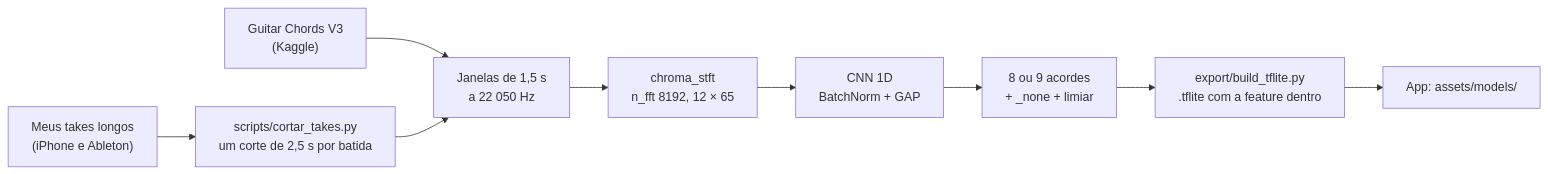
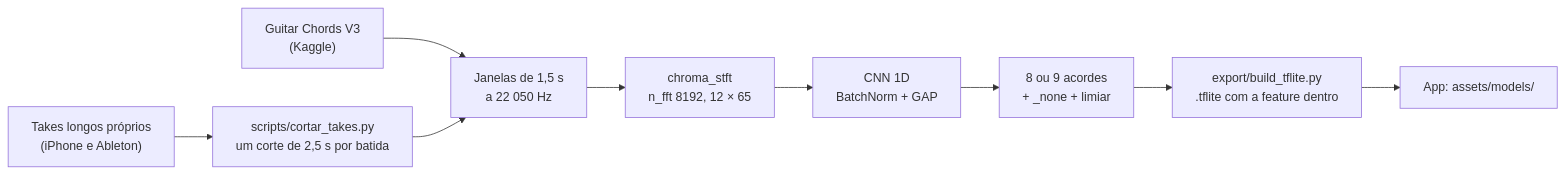
The diagram in README.md (imxder/ChordAI-backend), drawn with Mermaid before and after one commit. The commit also changed other lines of this file, not shown here.

````diff
--- a/README.md
+++ b/README.md
@@ -13,11 +13,11 @@
 ```mermaid
 flowchart LR
     V3["Guitar Chords V3<br/>(Kaggle)"] --> J
-    T["Meus takes longos<br/>(iPhone e Ableton)"] --> C["scripts/cortar_takes.py<br/>um corte de 2,5 s por batida"]
+    T["Takes longos próprios<br/>(iPhone e Ableton)"] --> C["scripts/cortar_takes.py<br/>um corte de 2,5 s por batida"]
     C --> J["Janelas de 1,5 s<br/>a 22 050 Hz"]
     J --> F["chroma_stft<br/>n_fft 8192, 12 × 65"]
     F --> N["CNN 1D<br/>BatchNorm + GAP"]
     N --> S["8 ou 9 acordes<br/>+ _none + limiar"]
     S --> E["export/build_tflite.py<br/>.tflite com a feature dentro"]
     E --> A["App: assets/models/"]
 ```
````
